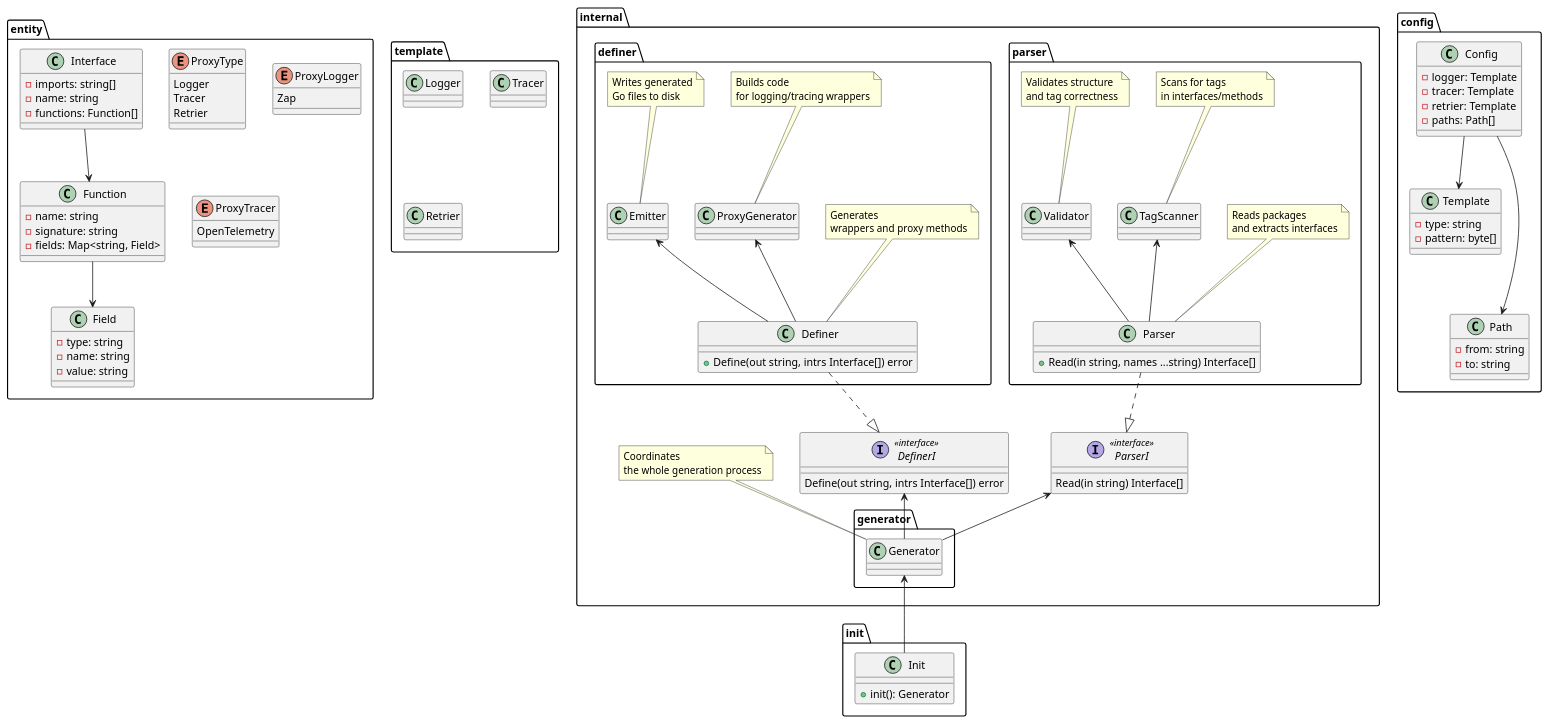
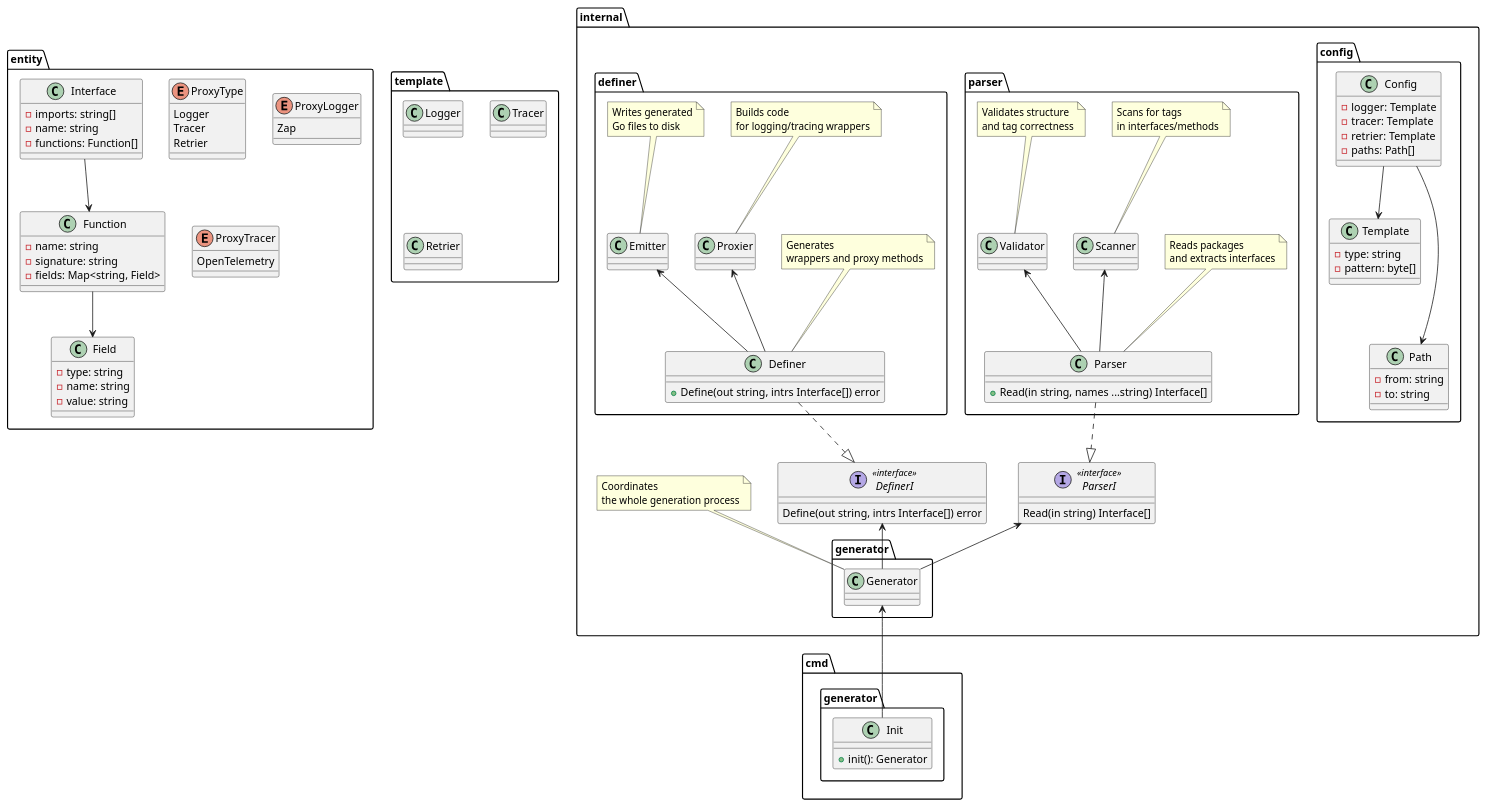
One commit to ninestems/go-proxy-gen changed the diagram in doc/arch.plantuml. Above: the diagram before and after it, drawn with PlantUML. The commit also changed 19 other files, not shown here.

```diff
--- a/doc/arch.plantuml
+++ b/doc/arch.plantuml
@@ -1,130 +1,133 @@
 @startuml
 
 package internal {
+    package config {
+        class Config {
+            - logger: Template
+            - tracer: Template
+            - retrier: Template
+            - paths: Path[]
+        }
+
+        class Template {
+            - type: string
+            - pattern: byte[]
+        }
+
+        class Path {
+            - from: string
+            - to: string
+        }
+
+        Config -down-> Template
+        Config -down--> Path
+    }
+
 
     interface ParserI <<interface>> {
         Read(in string) Interface[]
     }
 
     package parser {
         class Parser {
             + Read(in string, names ...string) Interface[]
         }
         note top of Parser: Reads packages\nand extracts interfaces
 
-        class TagScanner {}
-        note top of TagScanner: Scans for tags\nin interfaces/methods
+        class Scanner {}
+        note top of Scanner: Scans for tags\nin interfaces/methods
 
         class Validator
         note top of Validator: Validates structure\nand tag correctness
 
         Parser .down.|> ParserI
-        Parser -up-> TagScanner
+        Parser -up-> Scanner
         Parser -up-> Validator
     }
 
     interface DefinerI <<interface>> {
         Define(out string, intrs Interface[]) error
     }
 
     package definer {
         class Definer {
             + Define(out string, intrs Interface[]) error
         }
         note top of Definer: Generates\nwrappers and proxy methods
 
-        class ProxyGenerator
-        note top of ProxyGenerator: Builds code\nfor logging/tracing wrappers
+        class Proxier
+        note top of Proxier: Builds code\nfor logging/tracing wrappers
 
         class Emitter
         note top of Emitter: Writes generated\nGo files to disk
 
         Definer .down.|> DefinerI
-        Definer -up-> ProxyGenerator
+        Definer -up-> Proxier
         Definer -up-> Emitter
     }
 
     package generator {
         class Generator
     }
 
     note top of Generator: Coordinates\nthe whole generation process
 
     Generator -up-> ParserI
     Generator -up-> DefinerI
-}
-
-package config {
-    class Config {
-        - logger: Template
-        - tracer: Template
-        - retrier: Template
-        - paths: Path[]
-    }
-
-    class Template {
-        - type: string
-        - pattern: byte[]
-    }
-
-    class Path {
-        - from: string
-        - to: string
-    }
-
-    Config -down-> Template
-    Config -down--> Path
 }
 
 package entity {
     enum ProxyType {
         Logger
         Tracer
         Retrier
     }
 
     enum ProxyLogger {
         Zap
     }
 
     enum ProxyTracer {
         OpenTelemetry
     }
 
     class Interface {
         - imports: string[]
         - name: string
         - functions: Function[]
     }
 
     class Function {
         - name: string
         - signature: string
         - fields: Map<string, Field>
     }
 
     class Field {
         - type: string
         - name: string
         - value: string
     }
 
     Interface -down-> Function
     Function -down-> Field
 }
 
 package template {
     class Logger {}
     class Tracer {}
     class Retrier {}
 }
 
-package init {
-    class Init {
-        + init(): Generator
+package cmd {
+    package generator {
+        class Init {
+            + init(): Generator
+        }
+
+        Init -up-> internal.generator.Generator
     }
 
-    Init -up-> internal.generator.Generator
 }
 
 @enduml
```
